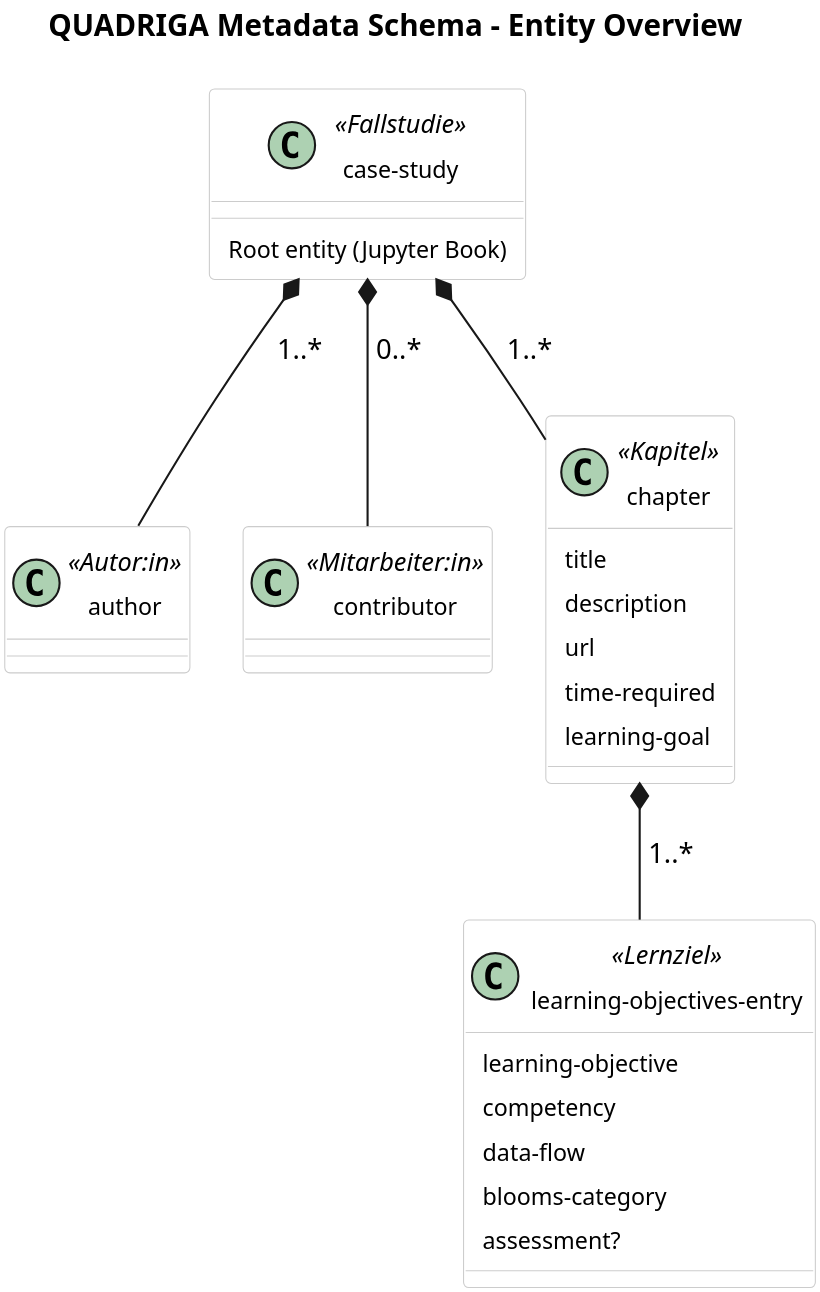
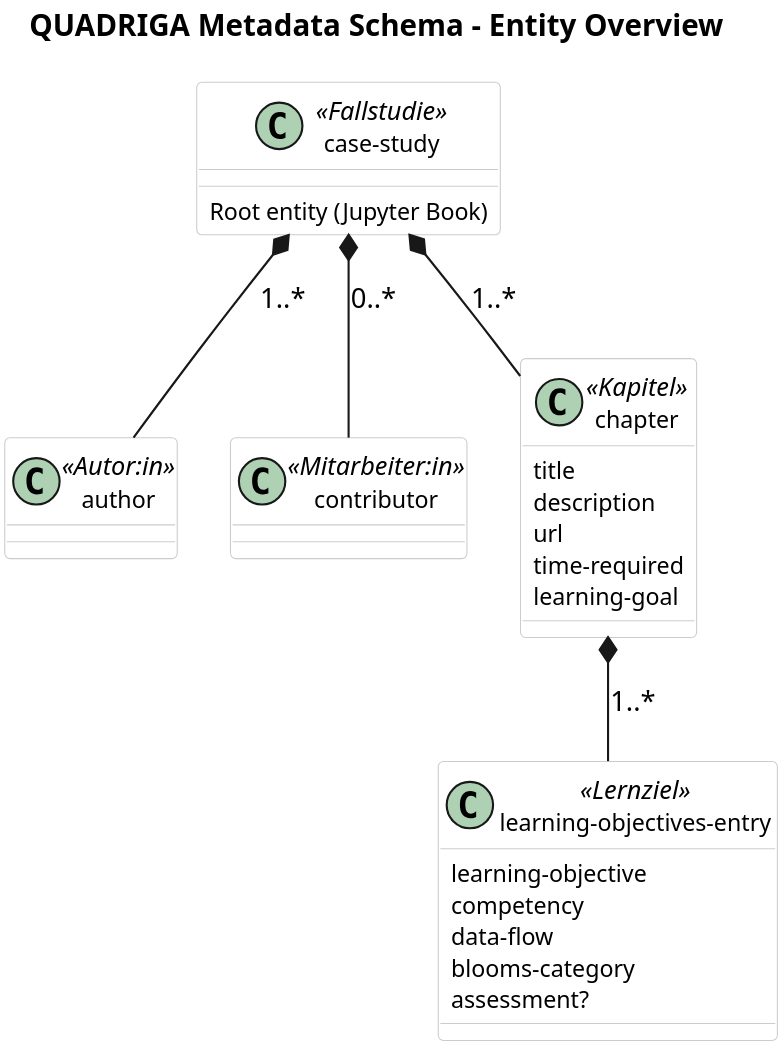
One commit to quadriga-dk/quadriga-schema changed the diagram in diagrams/overview.puml. Above: the diagram before and after it, drawn with PlantUML. The commit also changed 27 other files, not shown here.

Commit message:
fix(diagrams): fix generation error

```diff
--- a/diagrams/overview.puml
+++ b/diagrams/overview.puml
@@ -1,60 +1,60 @@
 @startuml overview
 top to bottom direction
 scale 1.5
 skinparam dpi 300
 skinparam classAttributeIconSize 0
 skinparam backgroundColor transparent
 skinparam classFontSize 12
 skinparam classAttributeFontSize 11
-skinparam padding 3
 skinparam ranksep 40
 skinparam nodesep 25
 skinparam class {
   BackgroundColor white
   BorderColor #cccccc
   AttributeFontColor #000000
+  Padding 3
 }
 skinparam note {
   BackgroundColor #f5f5f5
   BorderColor #cccccc
   FontColor #333333
 }
 
 title QUADRIGA Metadata Schema - Entity Overview
 
 ' ===== MAIN ENTITY (TOP) =====
 class "case-study" as casestudy <<Fallstudie>> {
   Root entity (Jupyter Book)
 }
 
 ' ===== SECOND ROW: DIRECT CHILDREN =====
 together {
   class "author" <<Autor:in>> { }
   class "contributor" <<Mitarbeiter:in>> { }
   class "chapter" <<Kapitel>> {
     title
     description
     url
     time-required
     learning-goal
   }
 }
 
 ' ===== THIRD ROW: CHAPTER CHILDREN =====
 class "learning-objectives-entry" <<Lernziel>> {
   learning-objective
   competency
   data-flow
   blooms-category
   assessment?
 }
 
 ' ===== RELATIONSHIPS FROM CASE-STUDY =====
 casestudy *-down- "author" : 1..*
 casestudy *-down- "contributor" : 0..*
 casestudy *-down- "chapter" : 1..*
 
 ' ===== RELATIONSHIPS FROM CHAPTER =====
 "chapter" *-down- "learning-objectives-entry" : 1..*
 
 @enduml
```
